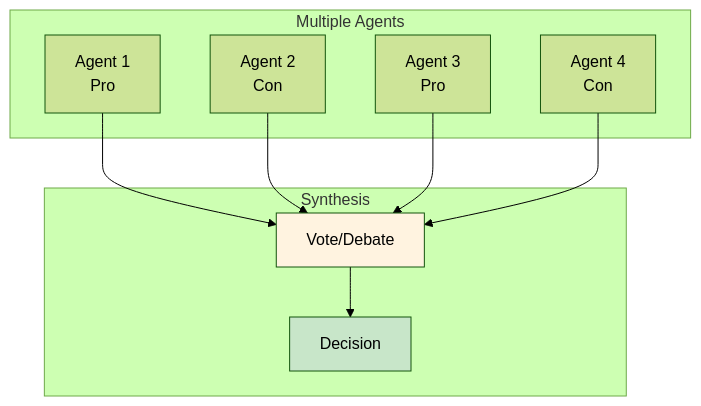
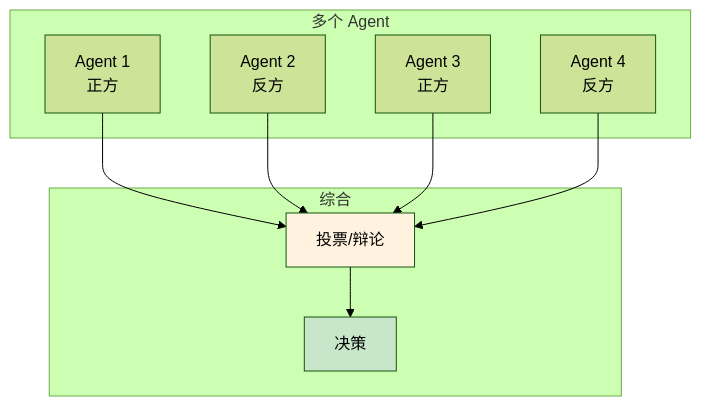
One commit to YiWang24/AiDIY changed the ninth of 20 diagrams in i18n/zh-Hans/docusaurus-plugin-content-docs/current/ai/agents/design-patterns.mdx. Above: the diagram before and after it, drawn with Mermaid (forest theme). The commit also changed other lines of this file and 59 other files, not shown here.

````diff
--- a/i18n/zh-Hans/docusaurus-plugin-content-docs/current/ai/agents/design-patterns.mdx
+++ b/i18n/zh-Hans/docusaurus-plugin-content-docs/current/ai/agents/design-patterns.mdx
@@ -322,23 +322,23 @@
 ```mermaid
 flowchart TB
-    subgraph Agents["Multiple Agents"]
-        A1[Agent 1<br/>Pro]
-        A2[Agent 2<br/>Con]
-        A3[Agent 3<br/>Pro]
-        A4[Agent 4<br/>Con]
+    subgraph Agents["多个 Agent"]
+        A1[Agent 1<br/>正方]
+        A2[Agent 2<br/>反方]
+        A3[Agent 3<br/>正方]
+        A4[Agent 4<br/>反方]
     end
 
-    subgraph Synthesis["Synthesis"]
-        V[Vote/Debate]
-        D[Decision]
+    subgraph Synthesis["综合"]
+        V[投票/辩论]
+        D[决策]
     end
 
     A1 --> V
     A2 --> V
     A3 --> V
     A4 --> V
     V --> D
 
     style V fill:#fff3e0
     style D fill:#c8e6c9
 ```
````
